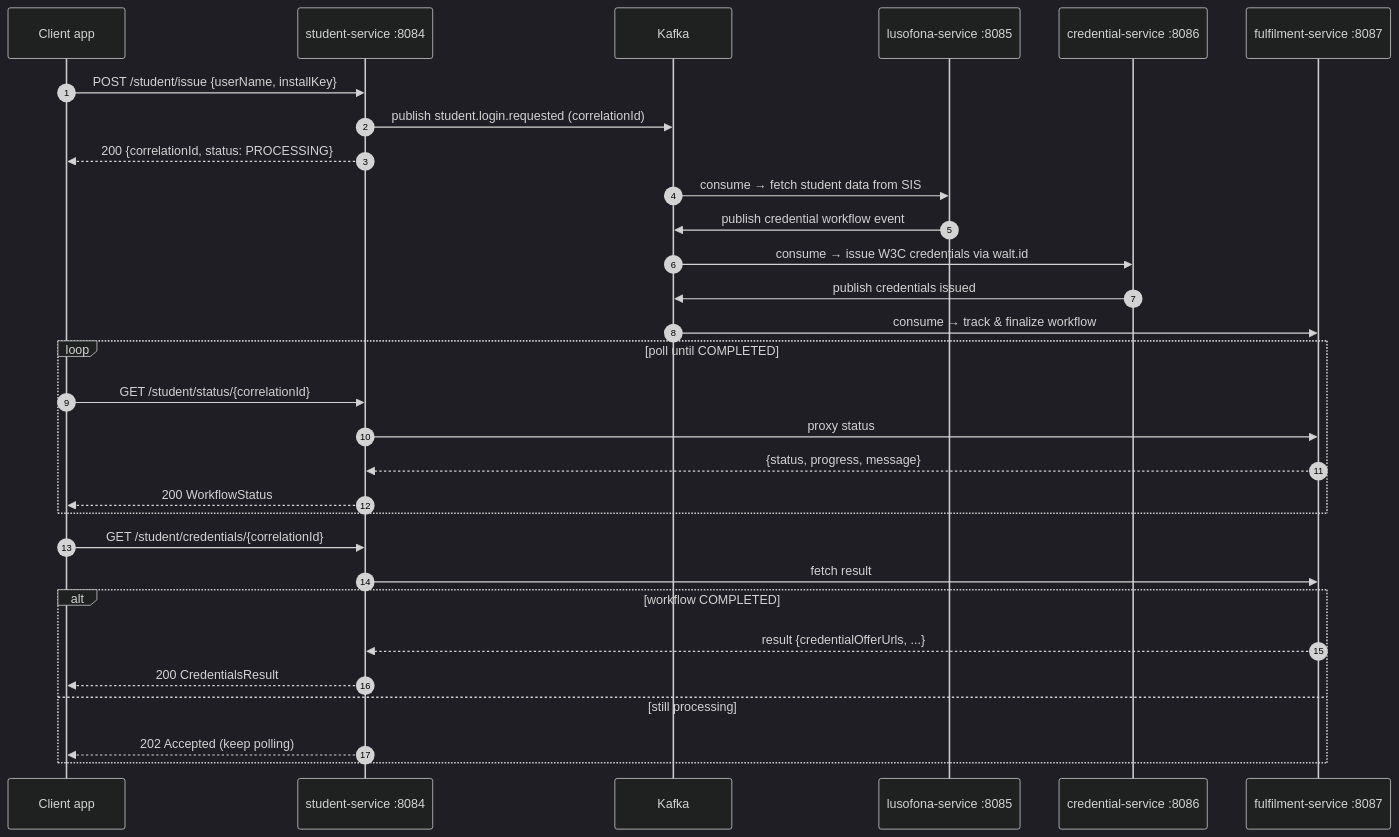
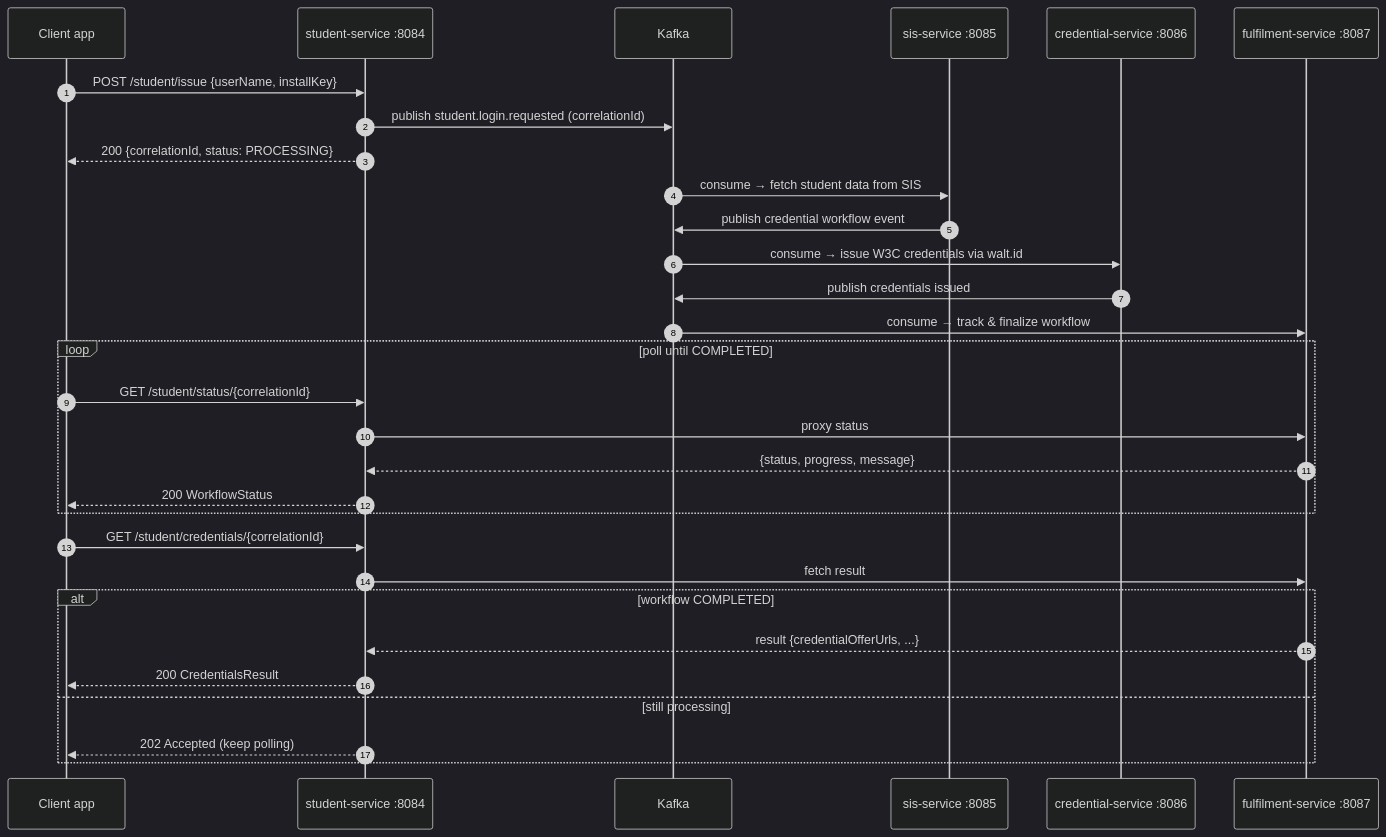
The diagram in docs/API.md (marcelogdomingues/ulht-dcs-public), drawn with Mermaid (dark theme) before and after one commit. The commit also changed other lines of this file and 600 other files, not shown here.

````diff
--- a/docs/API.md
+++ b/docs/API.md
@@ -86,36 +86,36 @@
 ```mermaid
 sequenceDiagram
     autonumber
     participant App as Client app
     participant SS as student-service :8084
     participant K as Kafka
-    participant LS as lusofona-service :8085
+    participant LS as sis-service :8085
     participant CS as credential-service :8086
     participant FS as fulfilment-service :8087
 
     App->>SS: POST /student/issue {userName, installKey}
     SS->>K: publish student.login.requested (correlationId)
     SS-->>App: 200 {correlationId, status: PROCESSING}
 
     K->>LS: consume → fetch student data from SIS
     LS->>K: publish credential workflow event
     K->>CS: consume → issue W3C credentials via walt.id
     CS->>K: publish credentials issued
     K->>FS: consume → track & finalize workflow
 
     loop poll until COMPLETED
         App->>SS: GET /student/status/{correlationId}
         SS->>FS: proxy status
         FS-->>SS: {status, progress, message}
         SS-->>App: 200 WorkflowStatus
     end
 
     App->>SS: GET /student/credentials/{correlationId}
     SS->>FS: fetch result
     alt workflow COMPLETED
         FS-->>SS: result {credentialOfferUrls, ...}
         SS-->>App: 200 CredentialsResult
     else still processing
         SS-->>App: 202 Accepted (keep polling)
     end
 ```
````
